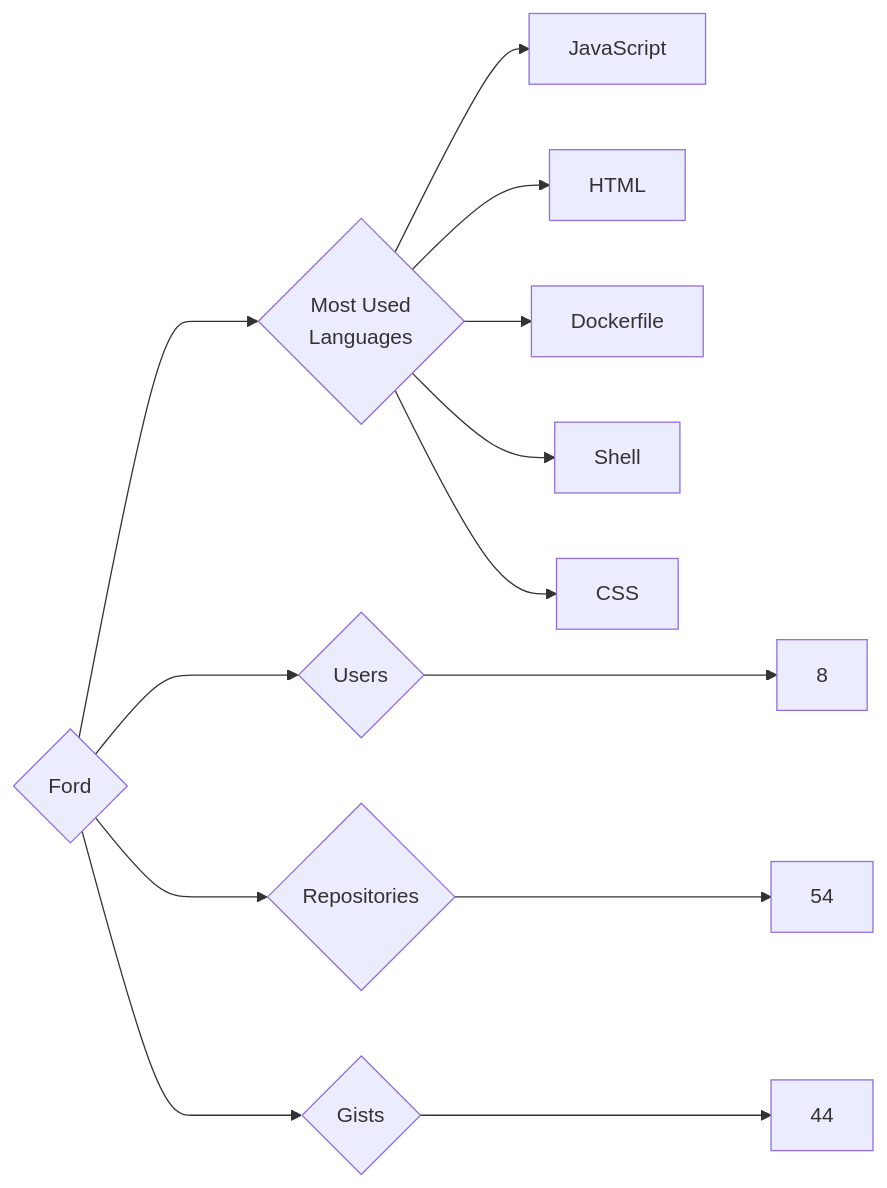
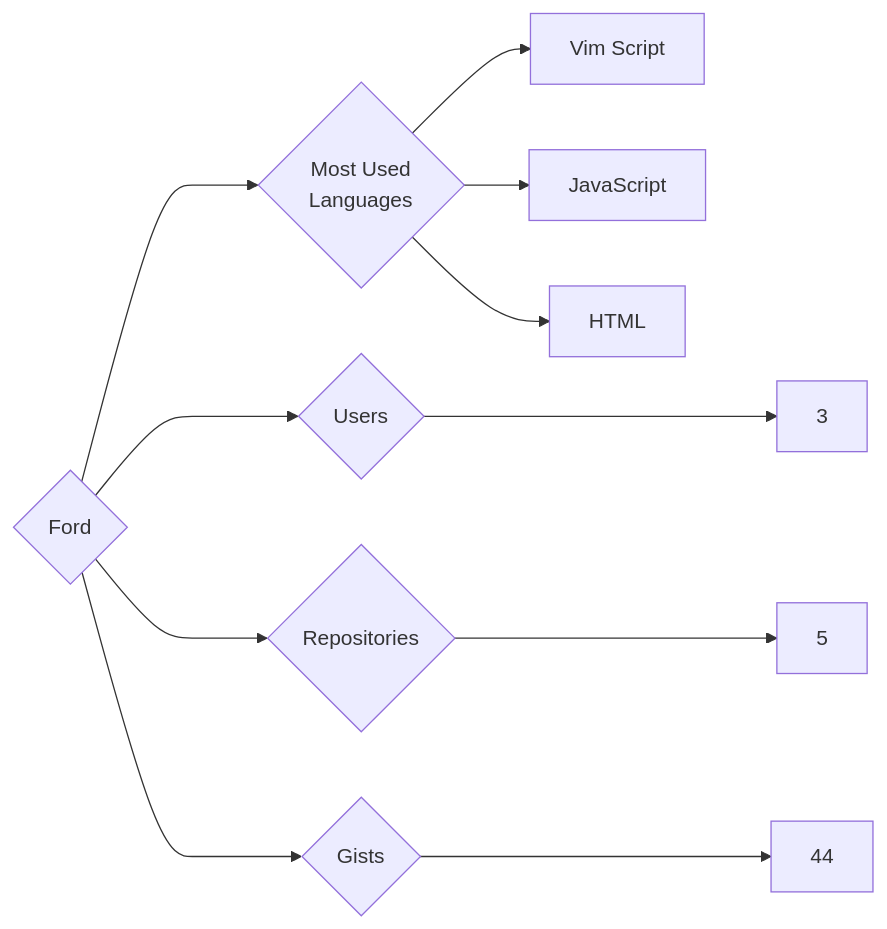
Before and after one commit to trickest/insiders: the diagram in targets/Ford/README.md, drawn with Mermaid. The commit also changed 865 other files, not shown here.

````diff
--- a/targets/Ford/README.md
+++ b/targets/Ford/README.md
@@ -3,13 +3,11 @@
 ```mermaid
 graph LR
 COMPANY_NAME{Ford}
-COMPANY_NAME ---> U{Users} ---> UN[8]
-COMPANY_NAME ---> R{Repositories} ---> RN[54]
+COMPANY_NAME ---> U{Users} ---> UN[3]
+COMPANY_NAME ---> R{Repositories} ---> RN[5]
 COMPANY_NAME ---> G{Gists} ---> GN[44]
 COMPANY_NAME ---> ML{Most Used<br>Languages}
+ML --> Vim_Script[Vim Script]
 ML --> JavaScript[JavaScript]
 ML --> HTML[HTML]
-ML --> Dockerfile[Dockerfile]
-ML --> Shell[Shell]
-ML --> CSS[CSS]
 ```
````
